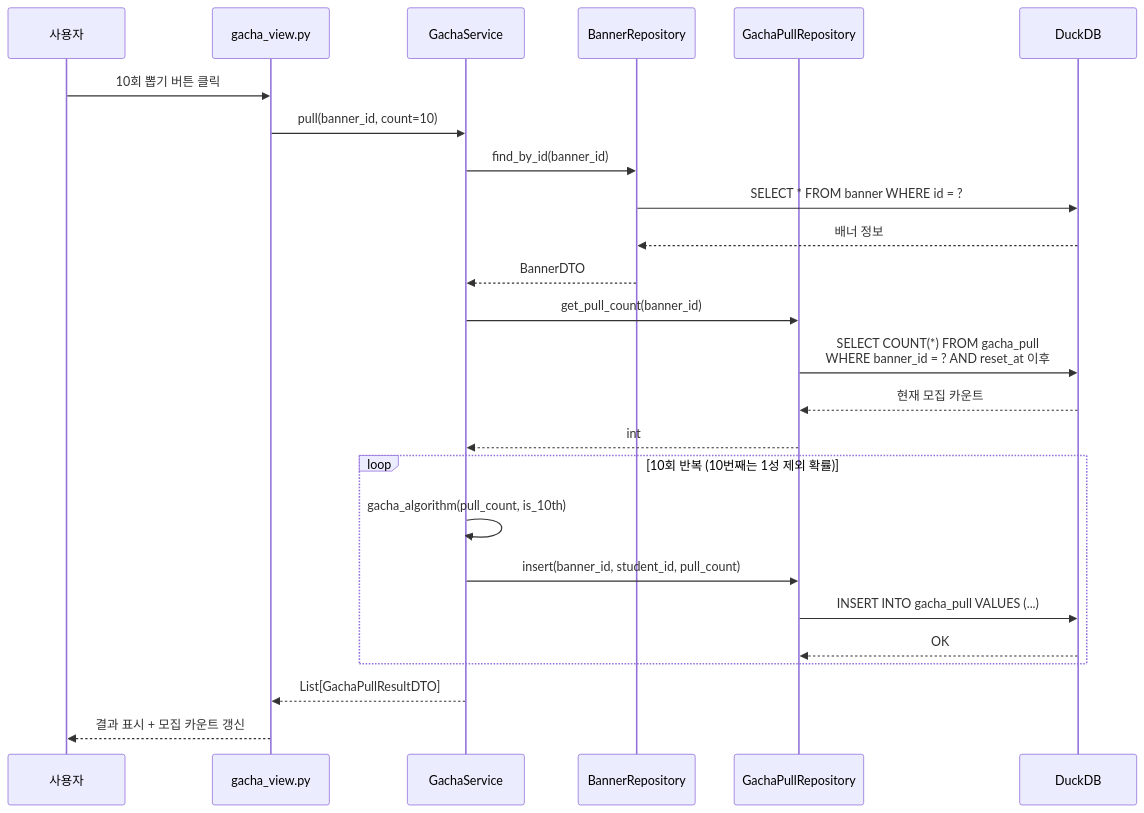
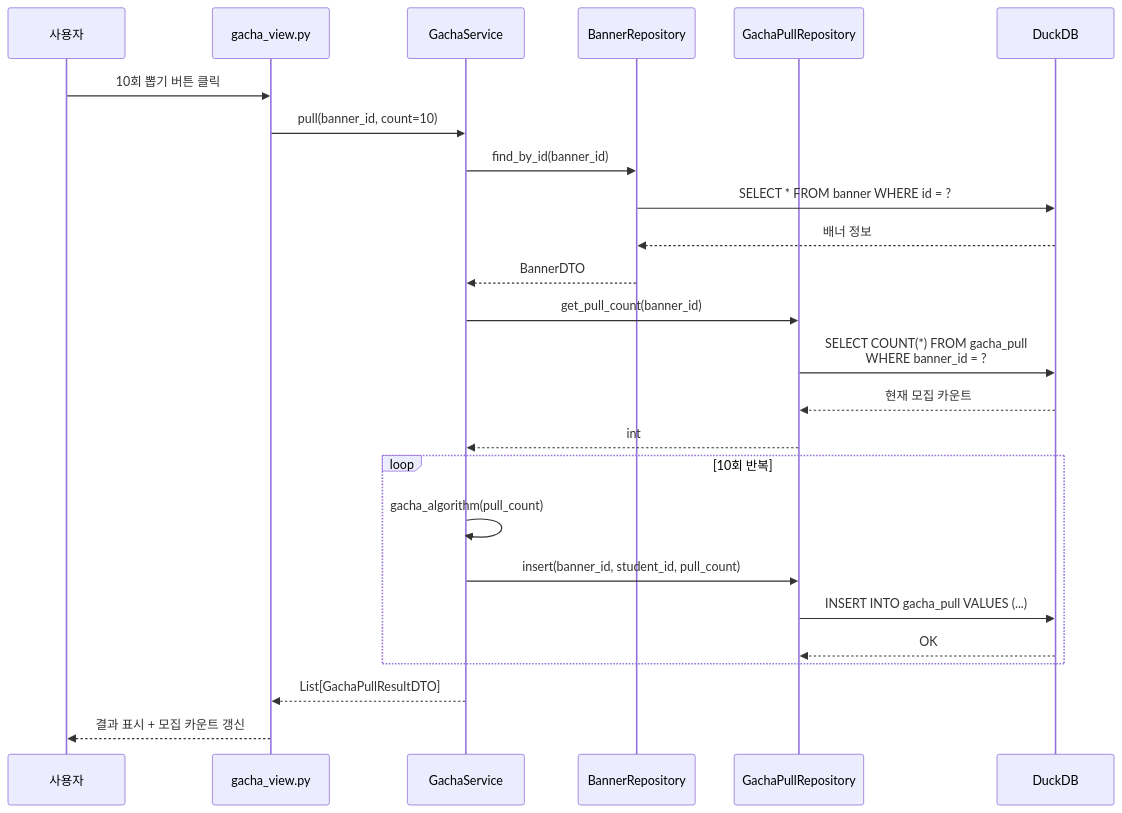
One commit to dngur521/blue-archive-db-project changed the third of 5 diagrams in 설계서_초안.md. Above: the diagram before and after it, drawn with Mermaid. The commit also changed other lines of this file and 2 other files, not shown here.

First line of the commit message:
📝 docs: 시퀀스 다이어그램 Use Case 번호 정합성 수정

````diff
--- a/설계서_초안.md
+++ b/설계서_초안.md
@@ -595,30 +595,30 @@
 ```mermaid
 sequenceDiagram
     participant 사용자
     participant View as gacha_view.py
     participant Service as GachaService
     participant BannerRepo as BannerRepository
     participant GachaRepo as GachaPullRepository
     participant DB as DuckDB
 
     사용자->>View: 10회 뽑기 버튼 클릭
     View->>Service: pull(banner_id, count=10)
     Service->>BannerRepo: find_by_id(banner_id)
     BannerRepo->>DB: SELECT * FROM banner WHERE id = ?
     DB-->>BannerRepo: 배너 정보
     BannerRepo-->>Service: BannerDTO
     Service->>GachaRepo: get_pull_count(banner_id)
-    GachaRepo->>DB: SELECT COUNT(*) FROM gacha_pull<br/>WHERE banner_id = ? AND reset_at 이후
+    GachaRepo->>DB: SELECT COUNT(*) FROM gacha_pull<br/>WHERE banner_id = ?
     DB-->>GachaRepo: 현재 모집 카운트
     GachaRepo-->>Service: int
 
-    loop 10회 반복 (10번째는 1성 제외 확률)
-        Service->>Service: gacha_algorithm(pull_count, is_10th)
+    loop 10회 반복
+        Service->>Service: gacha_algorithm(pull_count)
         Service->>GachaRepo: insert(banner_id, student_id, pull_count)
         GachaRepo->>DB: INSERT INTO gacha_pull VALUES (...)
         DB-->>GachaRepo: OK
     end
 
     Service-->>View: List[GachaPullResultDTO]
     View-->>사용자: 결과 표시 + 모집 카운트 갱신
 ```
````
